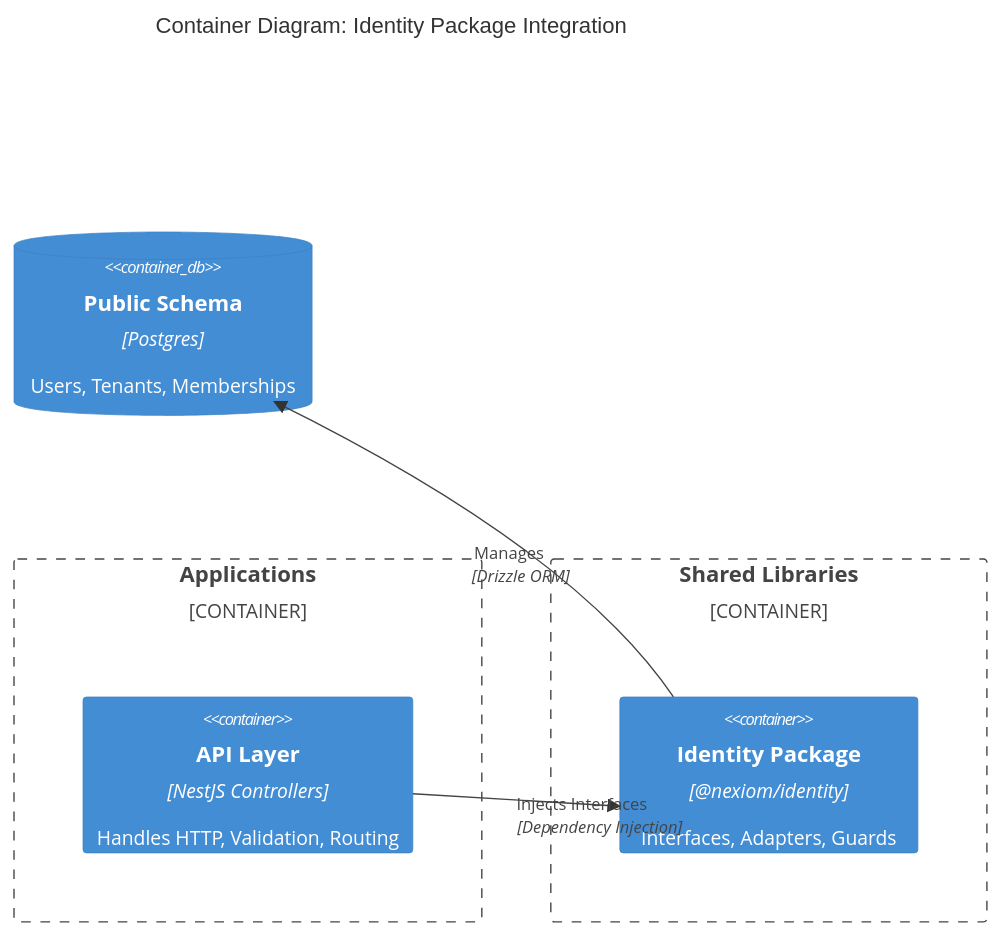
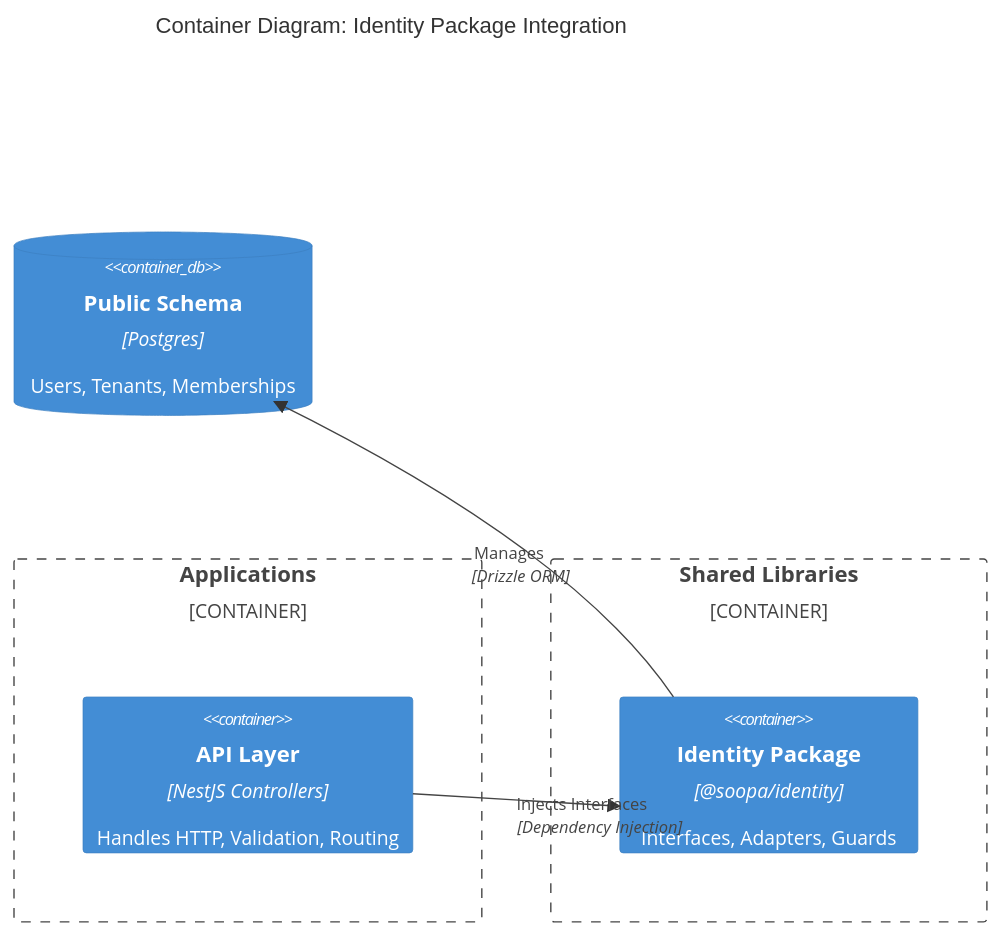
One commit to pramodnarayana/nexiom changed the second of 4 diagrams in docs/draft/identity_module_design_doc.md. Above: the diagram before and after it, drawn with Mermaid. The commit also changed other lines of this file and 308 other files, not shown here.

````diff
--- a/docs/draft/identity_module_design_doc.md
+++ b/docs/draft/identity_module_design_doc.md
@@ -43,17 +43,17 @@
 ```mermaid
 C4Container
     title Container Diagram: Identity Package Integration
 
     Container_Boundary(apps, "Applications") {
         Container(api_layer, "API Layer", "NestJS Controllers", "Handles HTTP, Validation, Routing")
     }
 
     Container_Boundary(libs, "Shared Libraries") {
-        Container(identity_pkg, "Identity Package", "@nexiom/identity", "Interfaces, Adapters, Guards")
+        Container(identity_pkg, "Identity Package", "@soopa/identity", "Interfaces, Adapters, Guards")
     }
 
     ContainerDb(db_users, "Public Schema", "Postgres", "Users, Tenants, Memberships")
     
     Rel(api_layer, identity_pkg, "Injects Interfaces", "Dependency Injection")
     Rel(identity_pkg, db_users, "Manages", "Drizzle ORM")
 ```
````
